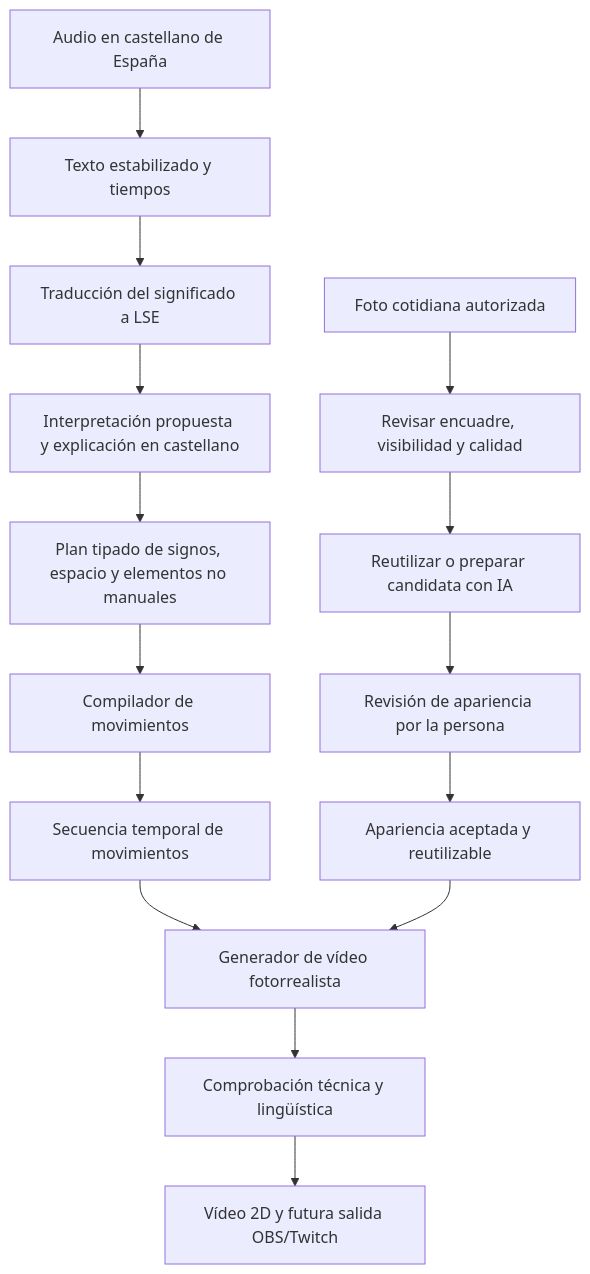
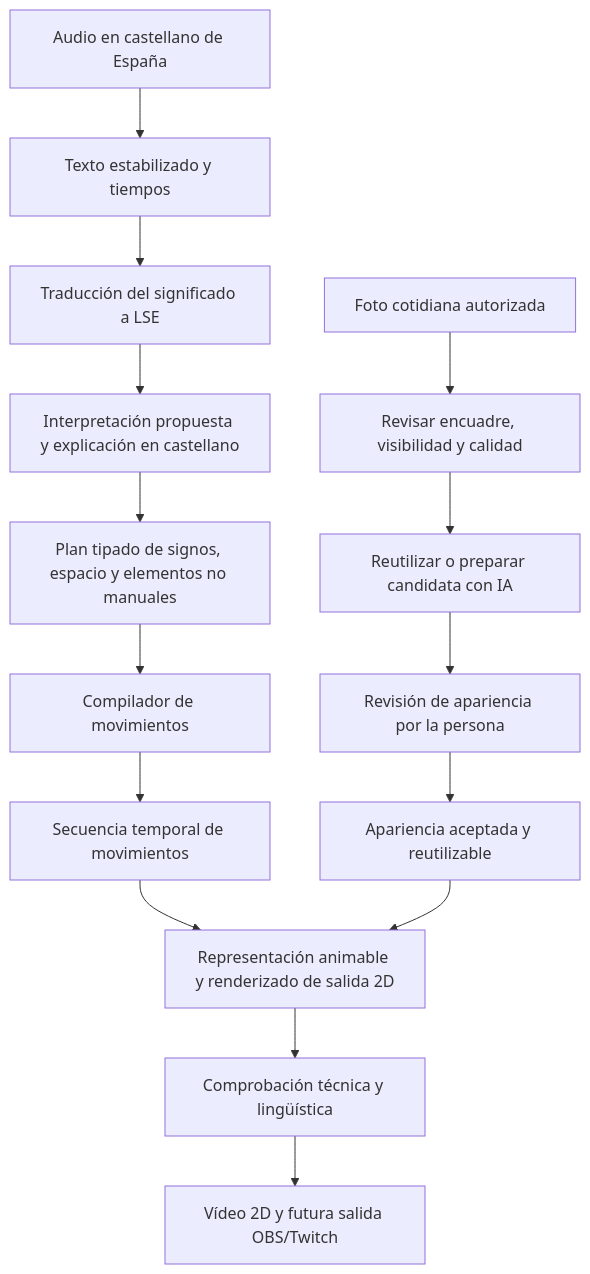
Before and after one commit to evamar13/lse-video: the diagram in ARQUITECTURA.md, drawn with Mermaid. The commit also changed other lines of this file and 3 other files, not shown here.

Commit message:
Separate live sign animation architecture from offline diffusion experiments

````diff
--- a/ARQUITECTURA.md
+++ b/ARQUITECTURA.md
@@ -7,17 +9,17 @@
 ```mermaid
 flowchart TD
     A[Audio en castellano de España] --> B[Texto estabilizado y tiempos]
     B --> C[Traducción del significado a LSE]
     C --> N[Interpretación propuesta y explicación en castellano]
     N --> D[Plan tipado de signos, espacio y elementos no manuales]
     D --> K[Compilador de movimientos]
     K --> E[Secuencia temporal de movimientos]
-    E --> F[Generador de vídeo fotorrealista]
+    E --> F[Representación animable y renderizado de salida 2D]
     U[Foto cotidiana autorizada] --> P[Revisar encuadre, visibilidad y calidad]
     P --> Q[Reutilizar o preparar candidata con IA]
     Q --> R[Revisión de apariencia por la persona]
     R --> I[Apariencia aceptada y reutilizable]
     I --> F
     F --> G[Comprobación técnica y lingüística]
     G --> H[Vídeo 2D y futura salida OBS/Twitch]
 ```
````
